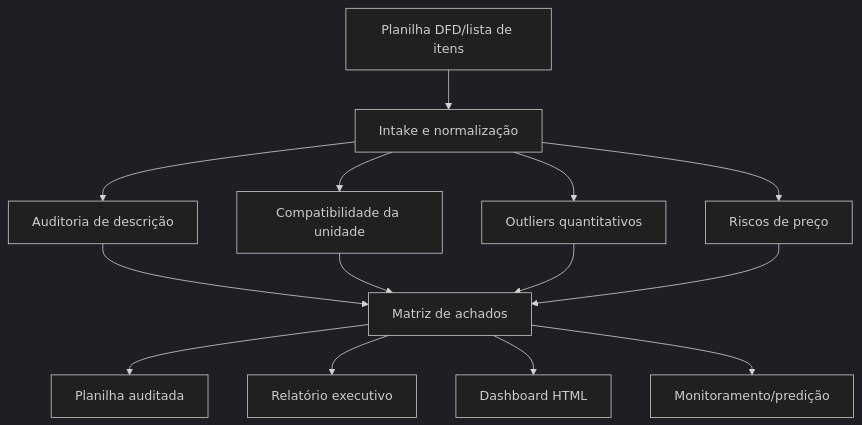
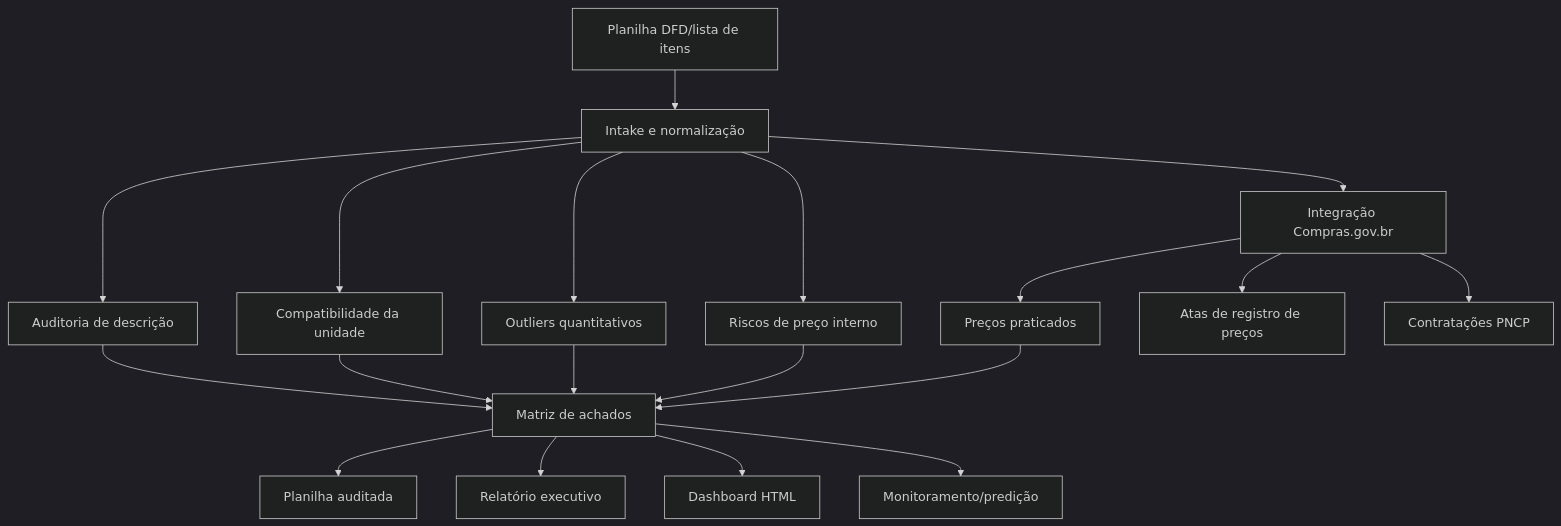
One commit to marciobisognin/Squads-Genius changed the diagram in IFFar-Squads/farol-contratos-licitacoes-iffar/README.md. Above: the diagram before and after it, drawn with Mermaid (dark theme). The commit also changed other lines of this file and 11 other files, not shown here.

Commit message:
Integrate Compras.gov CLI into IFFar procurement squad

````diff
--- a/IFFar-Squads/farol-contratos-licitacoes-iffar/README.md
+++ b/IFFar-Squads/farol-contratos-licitacoes-iffar/README.md
@@ -38,16 +44,21 @@
 ```mermaid
 flowchart TD
   A[Planilha DFD/lista de itens] --> B[Intake e normalização]
   B --> C[Auditoria de descrição]
   B --> D[Compatibilidade da unidade]
   B --> E[Outliers quantitativos]
-  B --> F[Riscos de preço]
-  C --> G[Matriz de achados]
-  D --> G
-  E --> G
-  F --> G
-  G --> H[Planilha auditada]
-  G --> I[Relatório executivo]
-  G --> J[Dashboard HTML]
-  G --> K[Monitoramento/predição]
+  B --> F[Riscos de preço interno]
+  B --> G[Integração Compras.gov.br]
+  G --> G1[Preços praticados]
+  G --> G2[Atas de registro de preços]
+  G --> G3[Contratações PNCP]
+  C --> H[Matriz de achados]
+  D --> H
+  E --> H
+  F --> H
+  G1 --> H
+  H --> I[Planilha auditada]
+  H --> J[Relatório executivo]
+  H --> K[Dashboard HTML]
+  H --> L[Monitoramento/predição]
 ```
````
